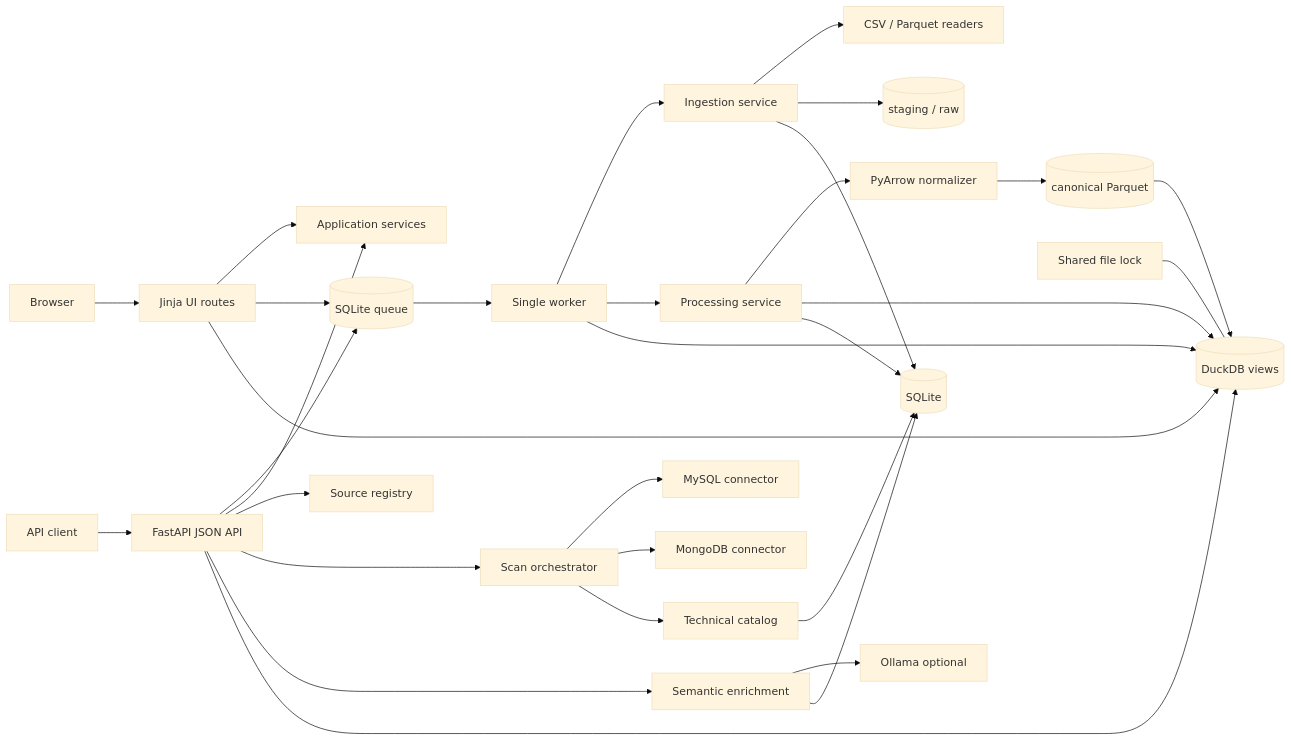
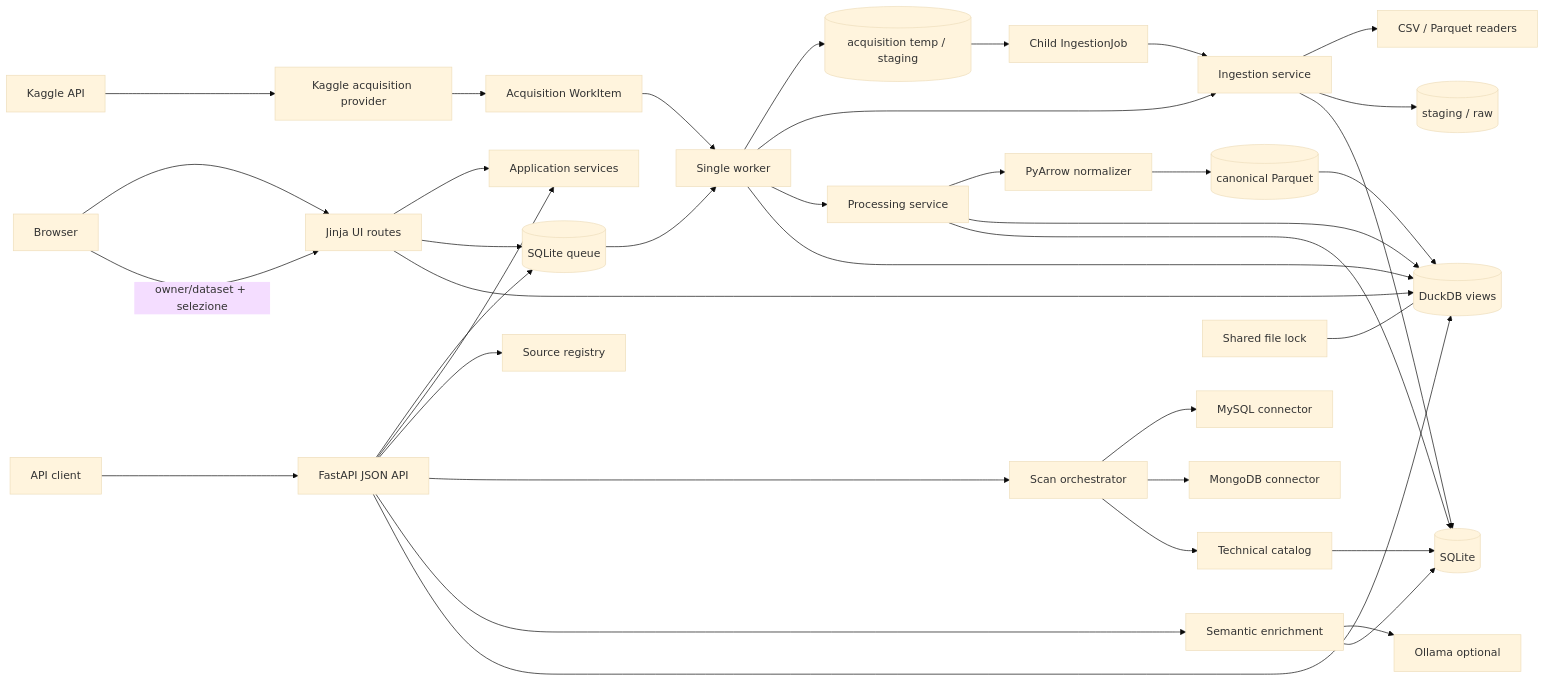
One commit to pyxidious/queryX changed the first of 4 diagrams in README.md. Above: the diagram before and after it, drawn with Mermaid (base theme). The commit also changed other lines of this file and 32 other files, not shown here.

First line of the commit message:
Implement acquisition storage and validation for Kaggle datasets

````diff
--- a/README.md
+++ b/README.md
@@ -56,33 +57,40 @@
 ```mermaid
 flowchart LR
     Client[API client] --> API[FastAPI JSON API]
     Browser[Browser] --> UI[Jinja UI routes]
+    Browser -->|owner/dataset + selezione| UI
+    Kaggle[Kaggle API] --> Provider[Kaggle acquisition provider]
+    Provider --> Acquisition[Acquisition WorkItem]
+    Acquisition --> Worker
+    Worker --> AcqStage[(acquisition temp / staging)]
+    AcqStage --> ChildJob[Child IngestionJob]
+    ChildJob --> Ingestion
     UI --> Services[Application services]
     UI --> Queue
     UI --> DuckDB
     API --> Queue[(SQLite queue)]
     API --> Services
     Queue --> Worker[Single worker]
     API --> Registry[Source registry]
     API --> Scan[Scan orchestrator]
     Scan --> MySQL[MySQL connector]
     Scan --> Mongo[MongoDB connector]
     Scan --> Catalog[Technical catalog]
     Worker --> Ingestion[Ingestion service]
     Ingestion --> Readers[CSV / Parquet readers]
     Ingestion --> Files[(staging / raw)]
     Ingestion --> CatalogDB[(SQLite)]
     Worker --> Processing[Processing service]
     Processing --> Normalizer[PyArrow normalizer]
     Normalizer --> Normalized[(canonical Parquet)]
     Processing --> DuckDB[(DuckDB views)]
     Normalized --> DuckDB
     Processing --> CatalogDB
     Catalog --> CatalogDB
     API --> Semantic[Semantic enrichment]
     Semantic --> Ollama[Ollama optional]
     Semantic --> CatalogDB
     API --> DuckDB
     Worker --> DuckDB
     Lock[Shared file lock] --- DuckDB
 ```
````
